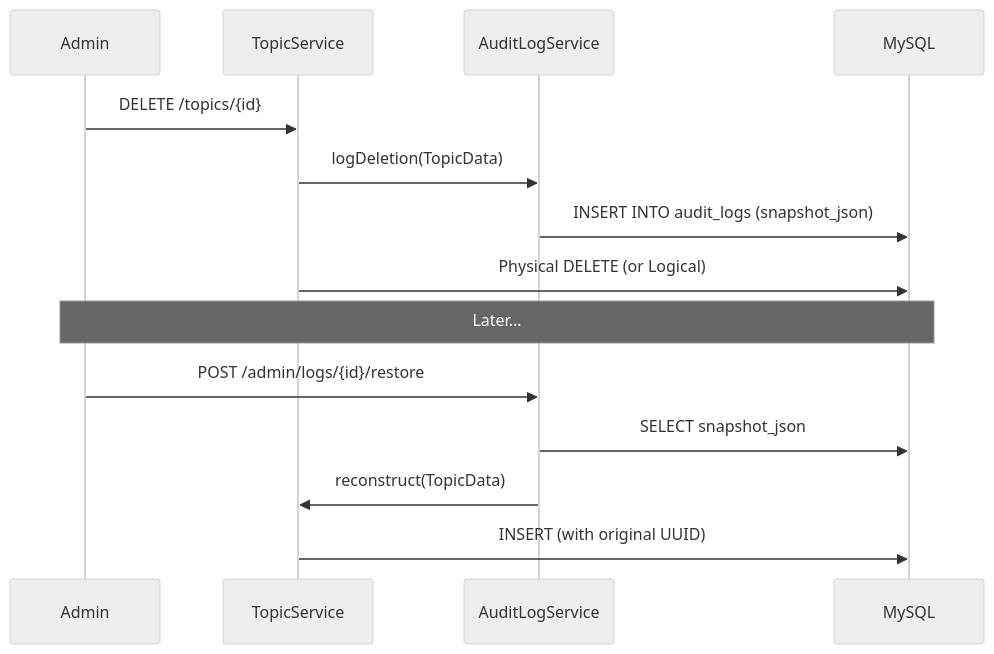
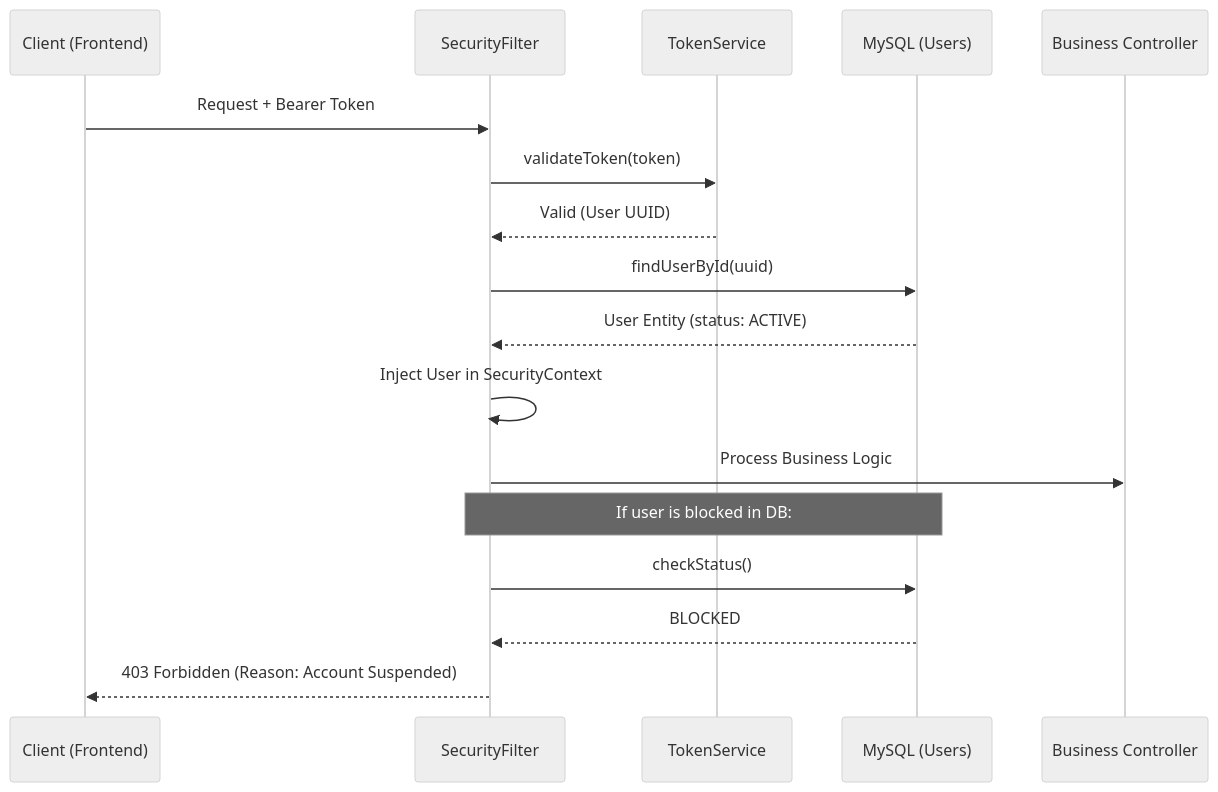
The second of 3 diagrams in docs/en/02-architecture.md (DessimA/forum-hub), drawn with Mermaid (neutral theme) before and after one commit. The commit also changed other lines of this file and 18 other files, not shown here.

Commit message:
docs: exaustive documentation update with Mermaid diagrams and total PT-BR/EN parity

````diff
--- a/docs/en/02-architecture.md
+++ b/docs/en/02-architecture.md
@@ -174,19 +47,24 @@
 ```mermaid
 sequenceDiagram
-    participant Admin
-    participant Service as TopicService
-    participant Audit as AuditLogService
-    participant DB as MySQL
+    participant User as Client (Frontend)
+    participant Filter as SecurityFilter
+    participant JWT as TokenService
+    participant DB as MySQL (Users)
+    participant Controller as Business Controller
 
-    Admin->>Service: DELETE /topics/{id}
-    Service->>Audit: logDeletion(TopicData)
-    Audit->>DB: INSERT INTO audit_logs (snapshot_json)
-    Service->>DB: Physical DELETE (or Logical)
+    User->>Filter: Request + Bearer Token
+    Filter->>JWT: validateToken(token)
+    JWT-->>Filter: Valid (User UUID)
     
-    Note over Admin, DB: Later...
+    Filter->>DB: findUserById(uuid)
+    DB-->>Filter: User Entity (status: ACTIVE)
     
-    Admin->>Audit: POST /admin/logs/{id}/restore
-    Audit->>DB: SELECT snapshot_json
-    Audit->>Service: reconstruct(TopicData)
-    Service->>DB: INSERT (with original UUID)
+    Filter->>Filter: Inject User in SecurityContext
+    
+    Filter->>Controller: Process Business Logic
+    
+    Note over Filter, DB: If user is blocked in DB:
+    Filter->>DB: checkStatus()
+    DB-->>Filter: BLOCKED
+    Filter-->>User: 403 Forbidden (Reason: Account Suspended)
 ```
````
